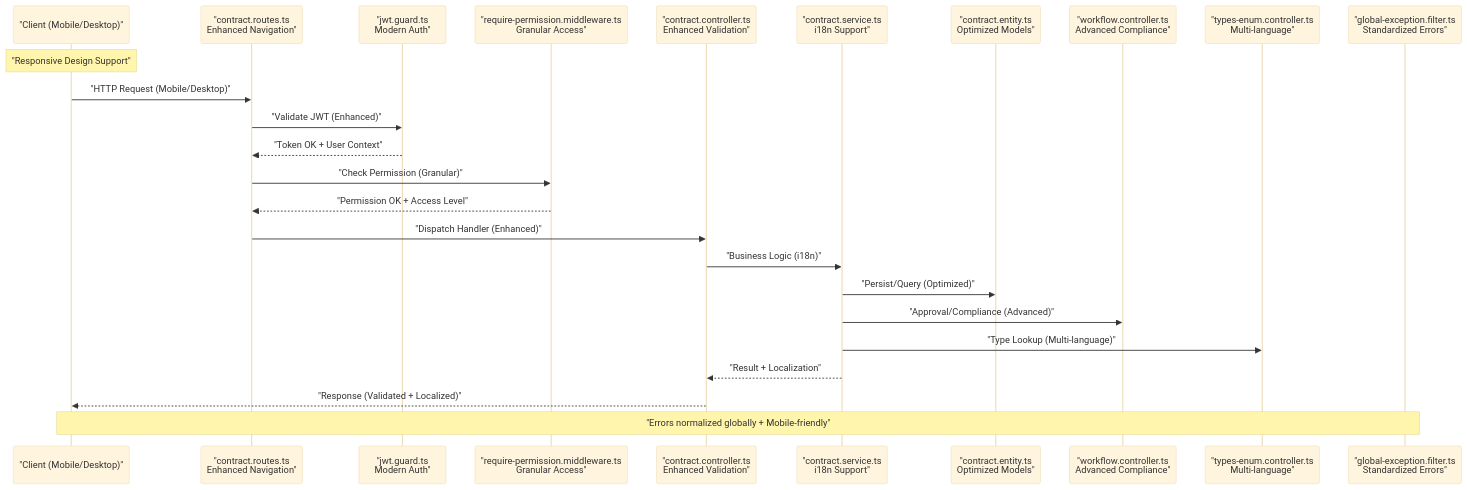
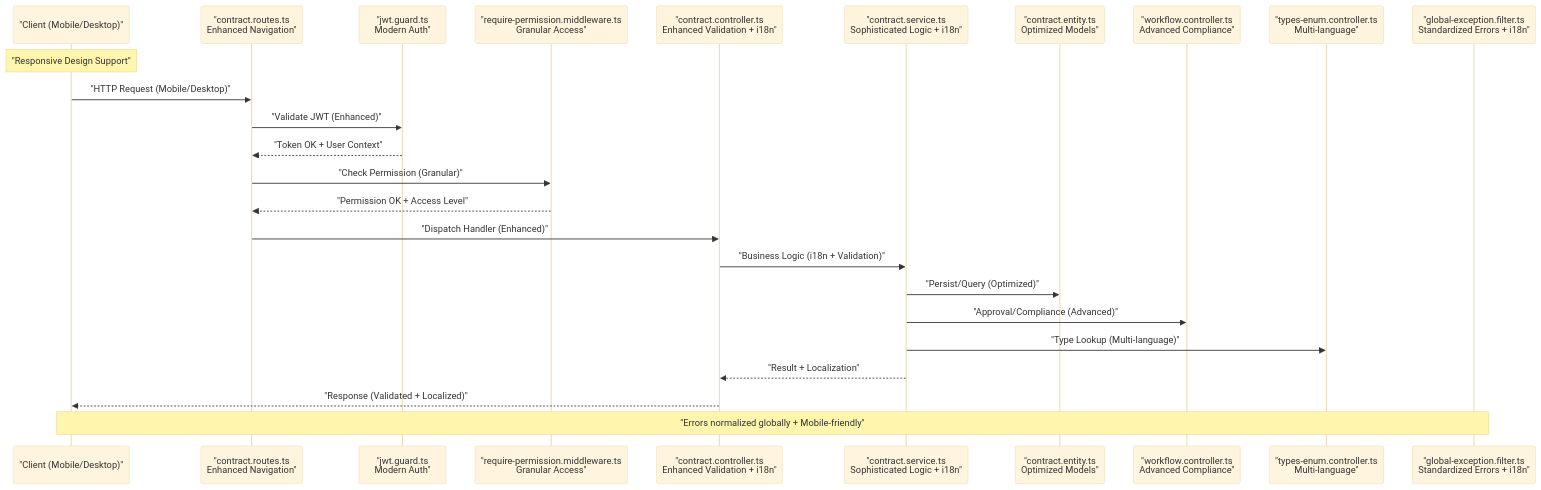
Before and after one commit to franckylab/eLISAschool: the second of 5 diagrams in .qoder/repowiki/en/content/API Reference/Human Resources API/Personnel Administration API/Contract Management API.md, drawn with Mermaid (base theme). The commit also changed other lines of this file and 78 other files, not shown here.

````diff
--- a/.qoder/repowiki/en/content/API Reference/Human Resources API/Personnel Administration API/Contract Management API.md
+++ b/.qoder/repowiki/en/content/API Reference/Human Resources API/Personnel Administration API/Contract Management API.md
@@ -183,27 +184,27 @@
 ```mermaid
 sequenceDiagram
 participant Client as "Client (Mobile/Desktop)"
 participant Router as "contract.routes.ts<br/>Enhanced Navigation"
 participant Guard as "jwt.guard.ts<br/>Modern Auth"
 participant Perm as "require-permission.middleware.ts<br/>Granular Access"
-participant Ctrl as "contract.controller.ts<br/>Enhanced Validation"
-participant Svc as "contract.service.ts<br/>i18n Support"
+participant Ctrl as "contract.controller.ts<br/>Enhanced Validation + i18n"
+participant Svc as "contract.service.ts<br/>Sophisticated Logic + i18n"
 participant DB as "contract.entity.ts<br/>Optimized Models"
 participant WF as "workflow.controller.ts<br/>Advanced Compliance"
 participant TE as "types-enum.controller.ts<br/>Multi-language"
-participant Filter as "global-exception.filter.ts<br/>Standardized Errors"
+participant Filter as "global-exception.filter.ts<br/>Standardized Errors + i18n"
 Note over Client : "Responsive Design Support"
 Client->>Router : "HTTP Request (Mobile/Desktop)"
 Router->>Guard : "Validate JWT (Enhanced)"
 Guard-->>Router : "Token OK + User Context"
 Router->>Perm : "Check Permission (Granular)"
 Perm-->>Router : "Permission OK + Access Level"
 Router->>Ctrl : "Dispatch Handler (Enhanced)"
-Ctrl->>Svc : "Business Logic (i18n)"
+Ctrl->>Svc : "Business Logic (i18n + Validation)"
 Svc->>DB : "Persist/Query (Optimized)"
 Svc->>WF : "Approval/Compliance (Advanced)"
 Svc->>TE : "Type Lookup (Multi-language)"
 Svc-->>Ctrl : "Result + Localization"
 Ctrl-->>Client : "Response (Validated + Localized)"
 Note over Filter,Client : "Errors normalized globally + Mobile-friendly"
 ```
````
